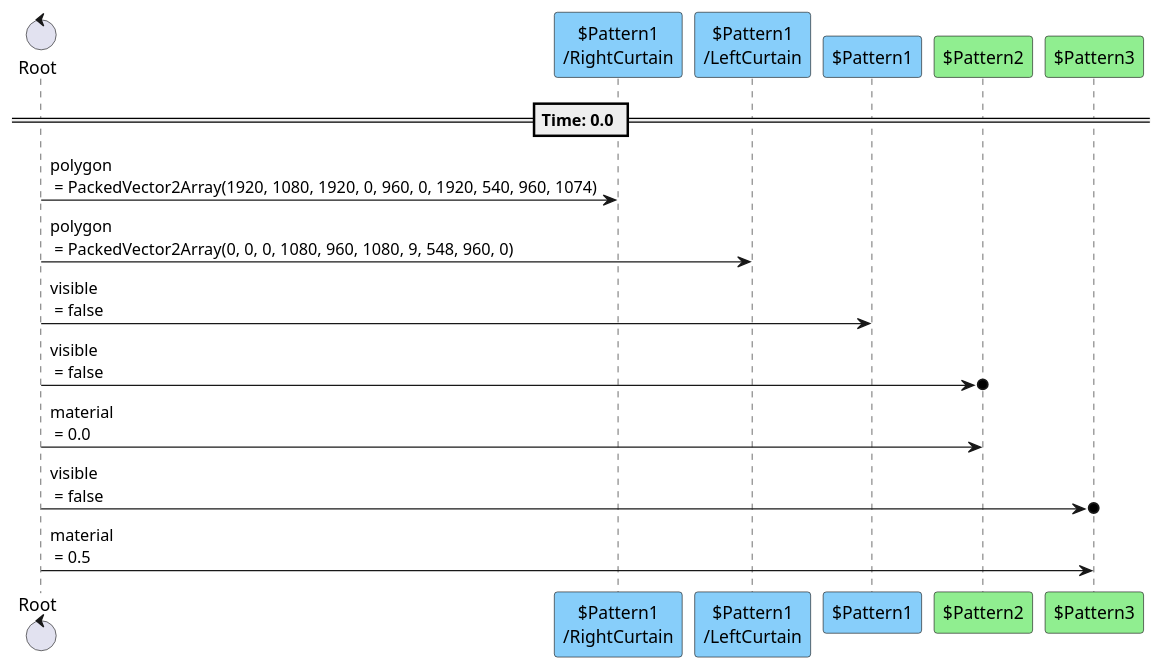
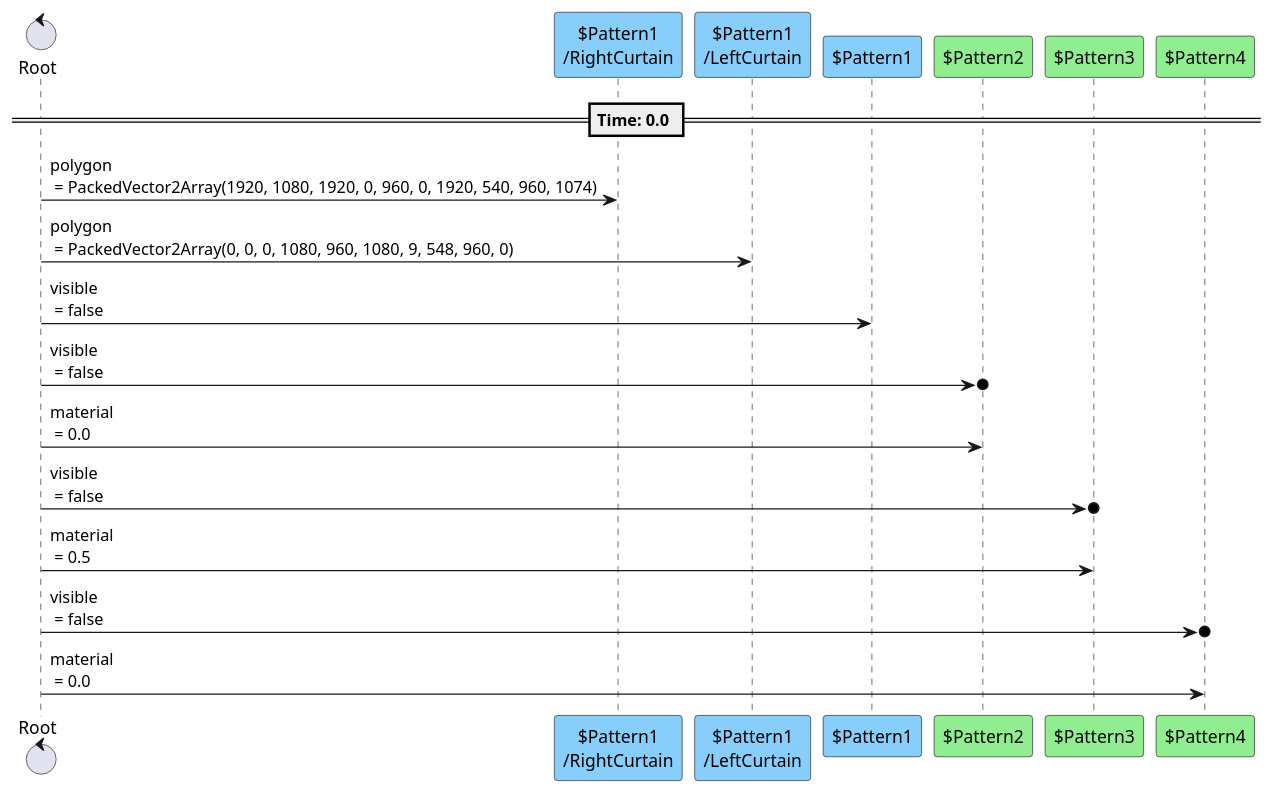
One commit to tkmfujise/Platformer-Game-Learning changed the second of 6 diagrams in content/scenes/src/curtain/opening/opening.tscn.adoc. Above: the diagram before and after it, drawn with PlantUML. The commit also changed other lines of this file and 174 other files, not shown here.

```diff
--- a/content/scenes/src/curtain/opening/opening.tscn.adoc
+++ b/content/scenes/src/curtain/opening/opening.tscn.adoc
@@ -67,22 +82,25 @@
 [plantuml]
 ....
 control "Root" as R
 participant "$Pattern1\n/RightCurtain" as T0 #87CEFA
 participant "$Pattern1\n/LeftCurtain" as T1 #87CEFA
 participant "$Pattern1" as T2 #87CEFA
 participant "$Pattern2" as T3 #90EE90
 participant "$Pattern3" as T5 #90EE90
+participant "$Pattern4" as T7 #90EE90
 
 
 
 == Time: 0.0 ==
 R  ->  T0 : polygon\n = PackedVector2Array(1920, 1080, 1920, 0, 960, 0, 1920, 540, 960, 1074)
 R  ->  T1 : polygon\n = PackedVector2Array(0, 0, 0, 1080, 960, 1080, 9, 548, 960, 0)
 R  ->  T2 : visible\n = false
 R  ->o  T3 : visible\n = false
 R  ->  T3 : material\n = 0.0
 R  ->o  T5 : visible\n = false
 R  ->  T5 : material\n = 0.5
+R  ->o  T7 : visible\n = false
+R  ->  T7 : material\n = 0.0
 
 
 ....
```
